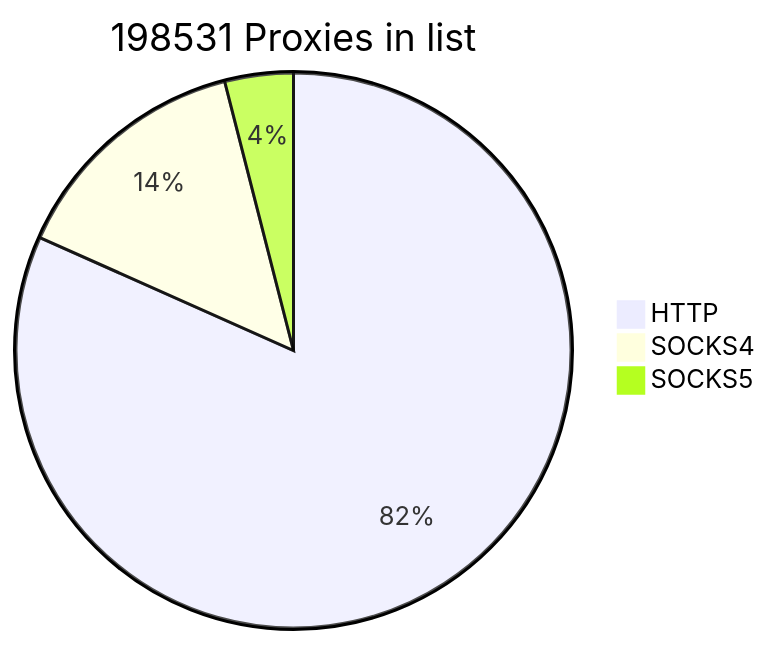
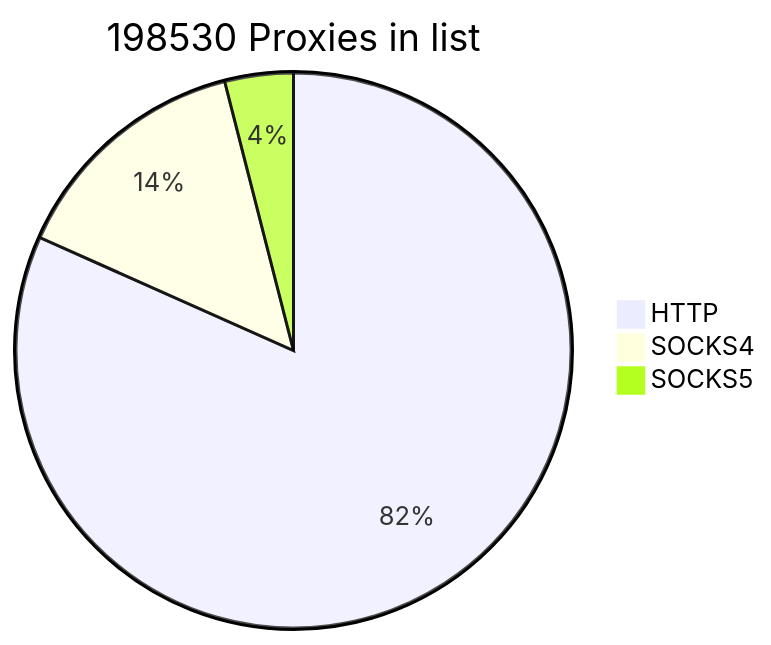
Before and after one commit to cutipu/proxylist: the first of 2 diagrams in README.md, drawn with Mermaid. The commit also changed other lines of this file, not shown here.

````diff
--- a/README.md
+++ b/README.md
@@ -2,7 +2,7 @@
 ```mermaid
-pie title 198531 Proxies in list
+pie title 198530 Proxies in list
     "HTTP" : 162135
-    "SOCKS4" : 28481
-    "SOCKS5" : 7915
+    "SOCKS4" : 28482
+    "SOCKS5" : 7913
             
 ```
````
